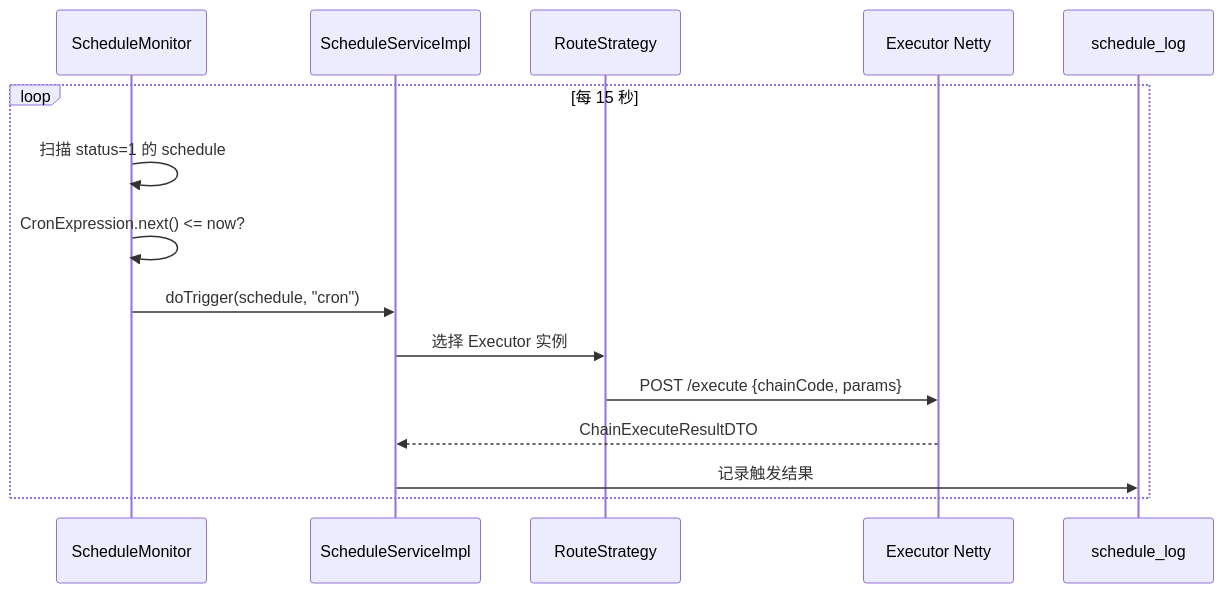
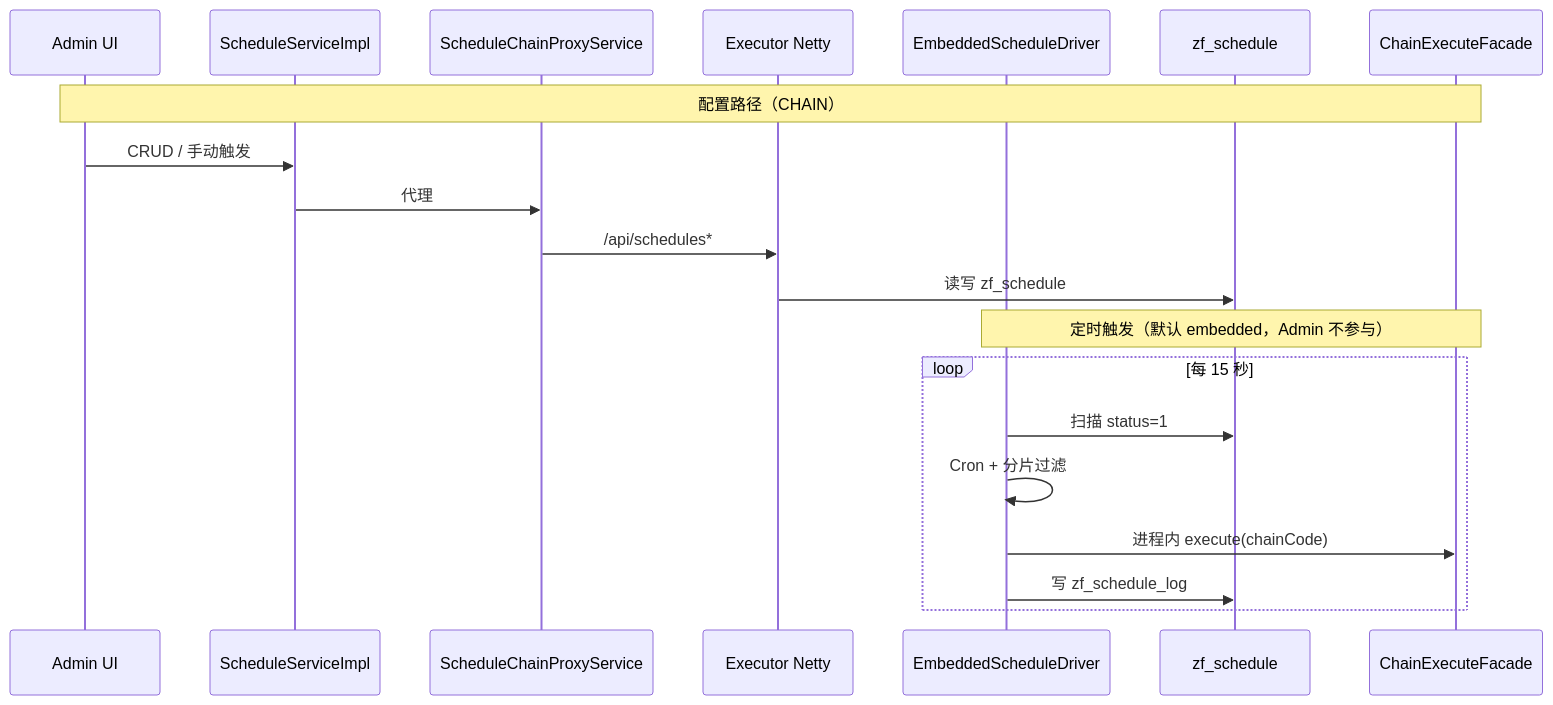
One commit to zestcc/zestflow changed diagram 20 of 38 in docs/ARCHITECTURE.md. Above: the diagram before and after it, drawn with Mermaid. The commit also changed other lines of this file and 92 other files, not shown here.

````diff
--- a/docs/ARCHITECTURE.md
+++ b/docs/ARCHITECTURE.md
@@ -884,18 +907,24 @@
 ```mermaid
 sequenceDiagram
-    participant SM as ScheduleMonitor
+    participant UI as Admin UI
     participant SS as ScheduleServiceImpl
-    participant RS as RouteStrategy
+    participant SCP as ScheduleChainProxyService
     participant EX as Executor Netty
-    participant LOG as schedule_log
+    participant ESD as EmbeddedScheduleDriver
+    participant DB as zf_schedule
+    participant F as ChainExecuteFacade
 
+    Note over UI,F: 配置路径（CHAIN）
+    UI->>SS: CRUD / 手动触发
+    SS->>SCP: 代理
+    SCP->>EX: /api/schedules*
+    EX->>DB: 读写 zf_schedule
+
+    Note over ESD,F: 定时触发（默认 embedded，Admin 不参与）
     loop 每 15 秒
-        SM->>SM: 扫描 status=1 的 schedule
-        SM->>SM: CronExpression.next() <= now?
-        SM->>SS: doTrigger(schedule, "cron")
-        SS->>RS: 选择 Executor 实例
-        RS->>EX: POST /execute {chainCode, params}
-        EX-->>SS: ChainExecuteResultDTO
-        SS->>LOG: 记录触发结果
+        ESD->>DB: 扫描 status=1
+        ESD->>ESD: Cron + 分片过滤
+        ESD->>F: 进程内 execute(chainCode)
+        ESD->>DB: 写 zf_schedule_log
     end
 ```
````
